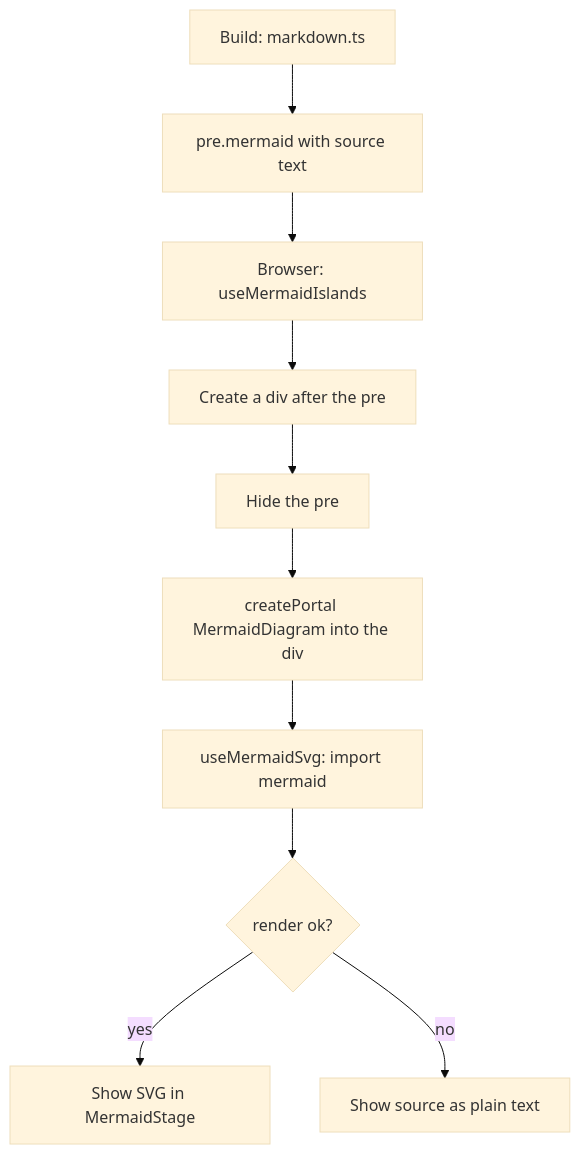
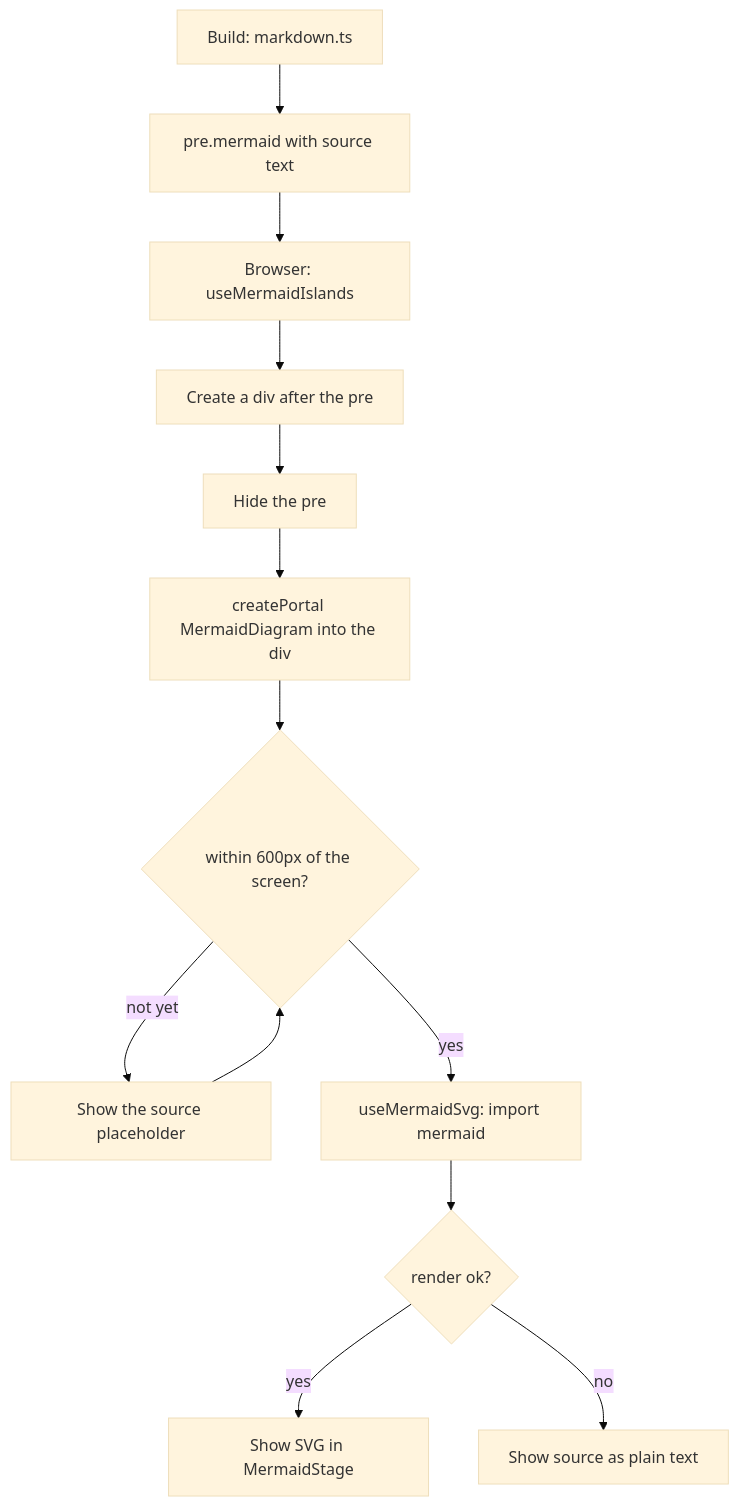
Before and after one commit to shibbirweb/shibbirweb.github.io: the diagram in docs/wiki/Mermaid-Diagrams.md, drawn with Mermaid (base theme). The commit also changed other lines of this file and 9 other files, not shown here.

First line of the commit message:
perf(diagrams): draw mermaid diagrams only when they near the viewport

````diff
--- a/docs/wiki/Mermaid-Diagrams.md
+++ b/docs/wiki/Mermaid-Diagrams.md
@@ -27,12 +29,15 @@
 ```mermaid
 flowchart TD
     A[Build: markdown.ts] --> B["pre.mermaid with source text"]
     B --> C[Browser: useMermaidIslands]
     C --> D[Create a div after the pre]
     D --> E[Hide the pre]
     E --> F[createPortal MermaidDiagram into the div]
-    F --> G[useMermaidSvg: import mermaid]
+    F --> N{within 600px of the screen?}
+    N -- not yet --> P[Show the source placeholder]
+    P --> N
+    N -- yes --> G[useMermaidSvg: import mermaid]
     G --> H{render ok?}
     H -- yes --> I[Show SVG in MermaidStage]
     H -- no --> J[Show source as plain text]
 ```
````
